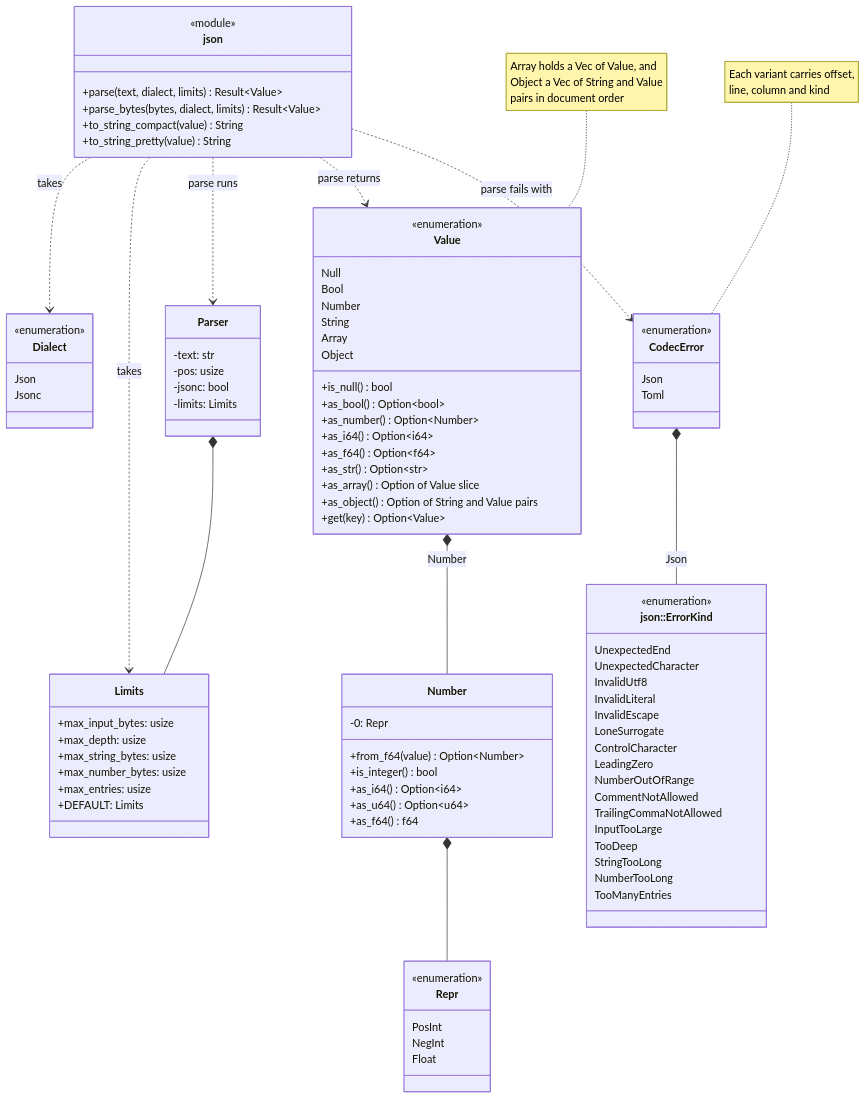
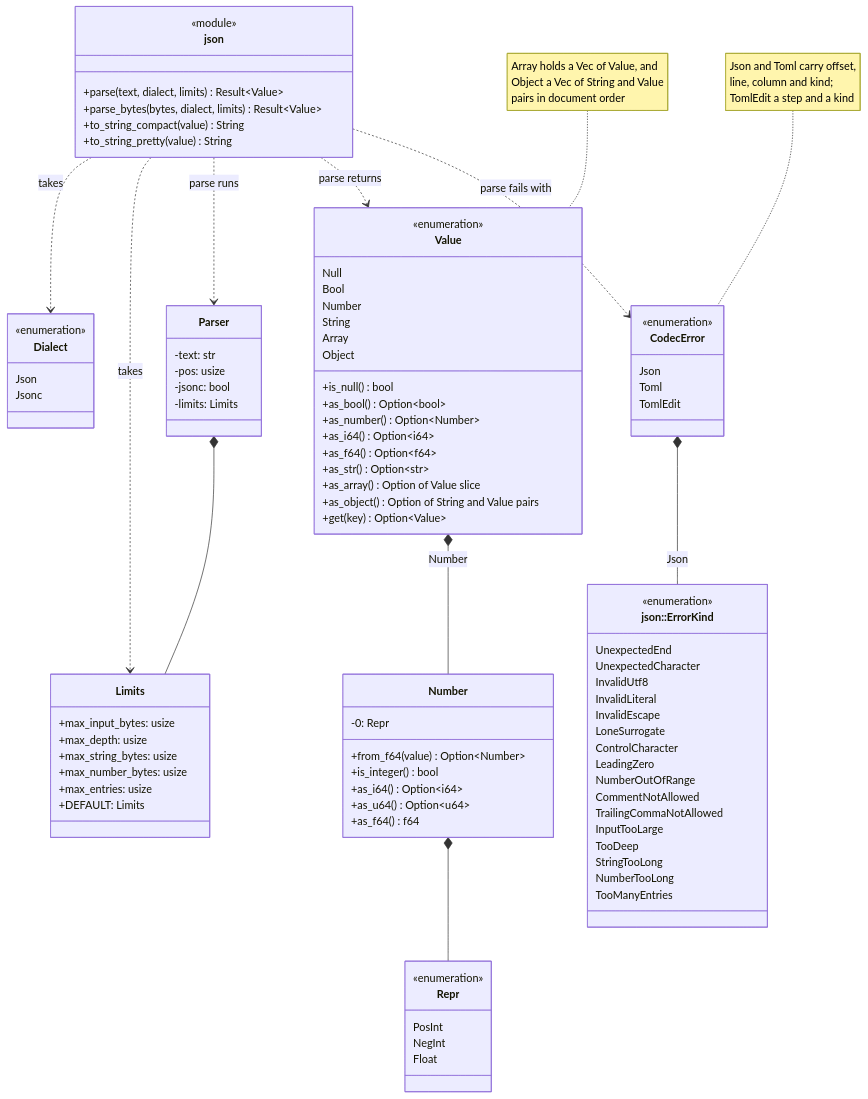
Diagram 14 of 29 in diagrams/class-diagrams.md (jabbott-iii/Tidepool), drawn with Mermaid before and after one commit. The commit also changed other lines of this file and 30 other files, not shown here.

````diff
--- a/diagrams/class-diagrams.md
+++ b/diagrams/class-diagrams.md
@@ -949,6 +949,7 @@
         <<enumeration>>
         Json
         Toml
+        TomlEdit
     }
     class JsonFns["json"] {
         <<module>>
@@ -1029,5 +1030,5 @@
     Number *-- Repr
     CodecError *-- ErrorKind : Json
     note for Value "Array holds a Vec of Value, and<br/>Object a Vec of String and Value<br/>pairs in document order"
-    note for CodecError "Each variant carries offset,<br/>line, column and kind"
+    note for CodecError "Json and Toml carry offset,<br/>line, column and kind;<br/>TomlEdit a step and a kind"
 ```
````
